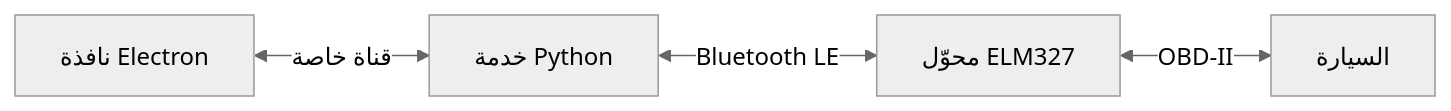
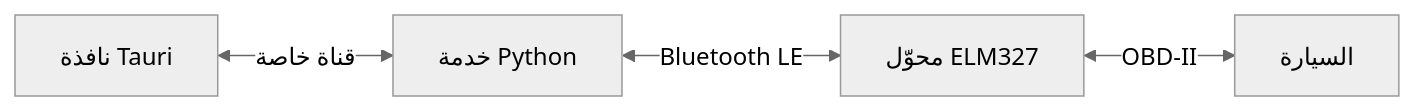
The first of 2 diagrams in README.md (alequab/Fahis), drawn with Mermaid (neutral theme) before and after one commit. The commit also changed other lines of this file and 26 other files, not shown here.

First line of the commit message:
Switch the window from Electron to Tauri, and add a read-only ECU explorer

````diff
--- a/README.md
+++ b/README.md
@@ -133,6 +134,6 @@
 ```mermaid
 flowchart LR
-    A["نافذة Electron"] <-- "قناة خاصة" --> B["خدمة Python"]
+    A["نافذة Tauri"] <-- "قناة خاصة" --> B["خدمة Python"]
     B <-- "Bluetooth LE" --> C["محوّل ELM327"]
     C <-- "OBD-II" --> D["السيارة"]
 ```
````
